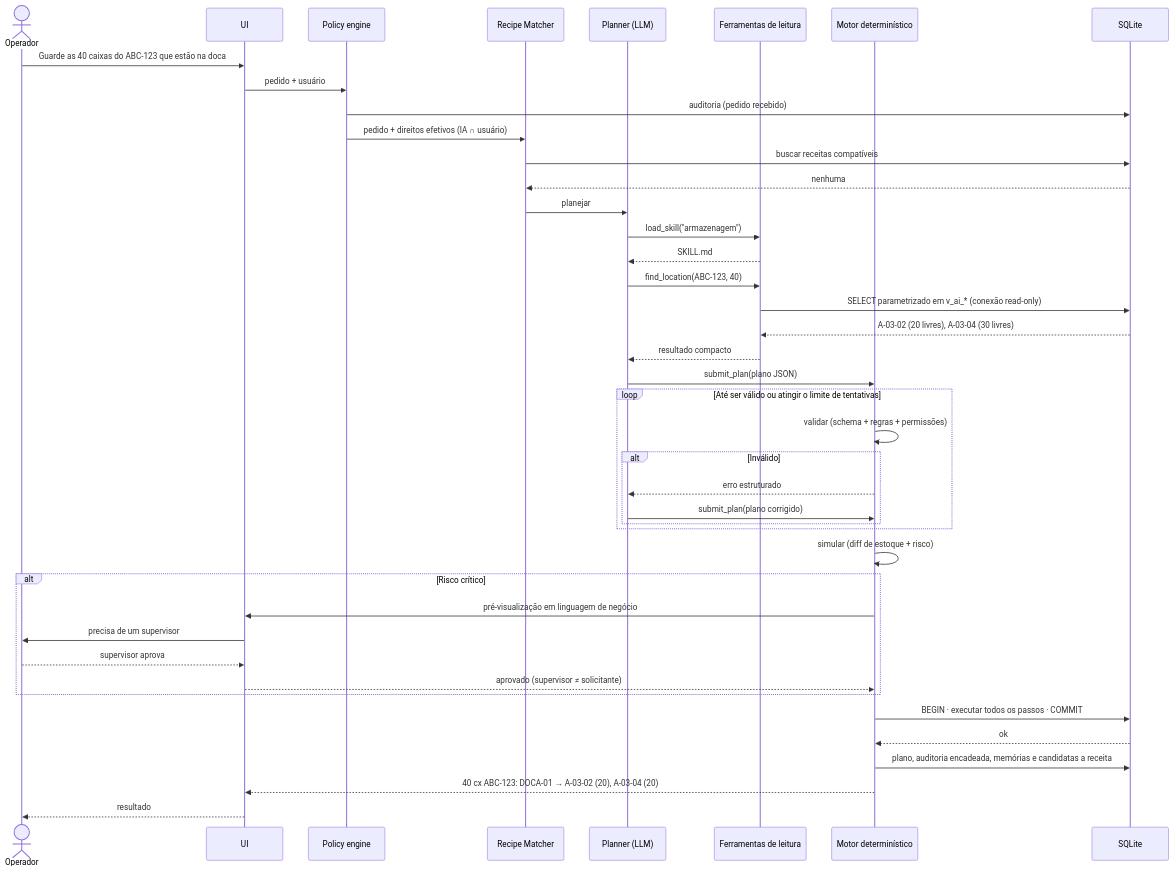
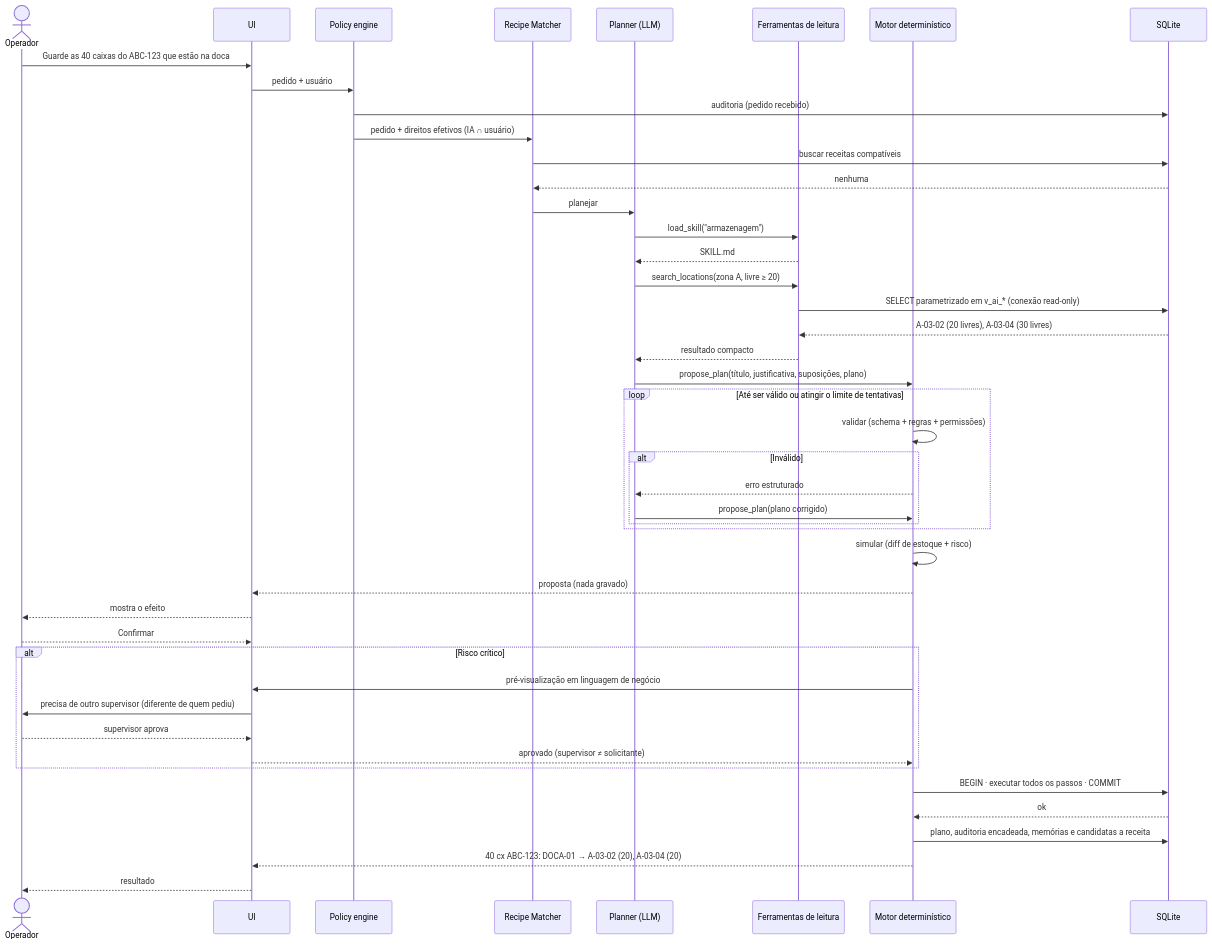
Before and after one commit to DevSamuelSCesar/ERP-Inteligente: the third of 6 diagrams in references/DIAGRAMAS.md, drawn with Mermaid. The commit also changed other lines of this file and 126 other files, not shown here.

````diff
--- a/references/DIAGRAMAS.md
+++ b/references/DIAGRAMAS.md
@@ -127,49 +127,52 @@
 ```mermaid
 sequenceDiagram
     actor OP as Operador
     participant UI as UI
     participant POL as Policy engine
     participant RM as Recipe Matcher
     participant PL as Planner (LLM)
     participant T as Ferramentas de leitura
     participant M as Motor determinístico
     participant DB as SQLite
 
     OP->>UI: Guarde as 40 caixas do ABC-123 que estão na doca
     UI->>POL: pedido + usuário
     POL->>DB: auditoria (pedido recebido)
     POL->>RM: pedido + direitos efetivos (IA ∩ usuário)
     RM->>DB: buscar receitas compatíveis
     DB-->>RM: nenhuma
     RM->>PL: planejar
     PL->>T: load_skill("armazenagem")
     T-->>PL: SKILL.md
-    PL->>T: find_location(ABC-123, 40)
+    PL->>T: search_locations(zona A, livre ≥ 20)
     T->>DB: SELECT parametrizado em v_ai_* (conexão read-only)
     DB-->>T: A-03-02 (20 livres), A-03-04 (30 livres)
     T-->>PL: resultado compacto
-    PL->>M: submit_plan(plano JSON)
+    PL->>M: propose_plan(título, justificativa, suposições, plano)
 
     loop Até ser válido ou atingir o limite de tentativas
         M->>M: validar (schema + regras + permissões)
         alt Inválido
             M-->>PL: erro estruturado
-            PL->>M: submit_plan(plano corrigido)
+            PL->>M: propose_plan(plano corrigido)
         end
     end
 
     M->>M: simular (diff de estoque + risco)
+    M-->>UI: proposta (nada gravado)
+    UI-->>OP: mostra o efeito
+    OP-->>UI: Confirmar
 
     alt Risco crítico
         M->>UI: pré-visualização em linguagem de negócio
-        UI->>OP: precisa de um supervisor
+        UI->>OP: precisa de outro supervisor (diferente de quem pediu)
         OP-->>UI: supervisor aprova
         UI-->>M: aprovado (supervisor ≠ solicitante)
     end
 
     M->>DB: BEGIN · executar todos os passos · COMMIT
     DB-->>M: ok
     M->>DB: plano, auditoria encadeada, memórias e candidatas a receita
     M-->>UI: 40 cx ABC-123: DOCA-01 → A-03-02 (20), A-03-04 (20)
     UI-->>OP: resultado
 ```
````
